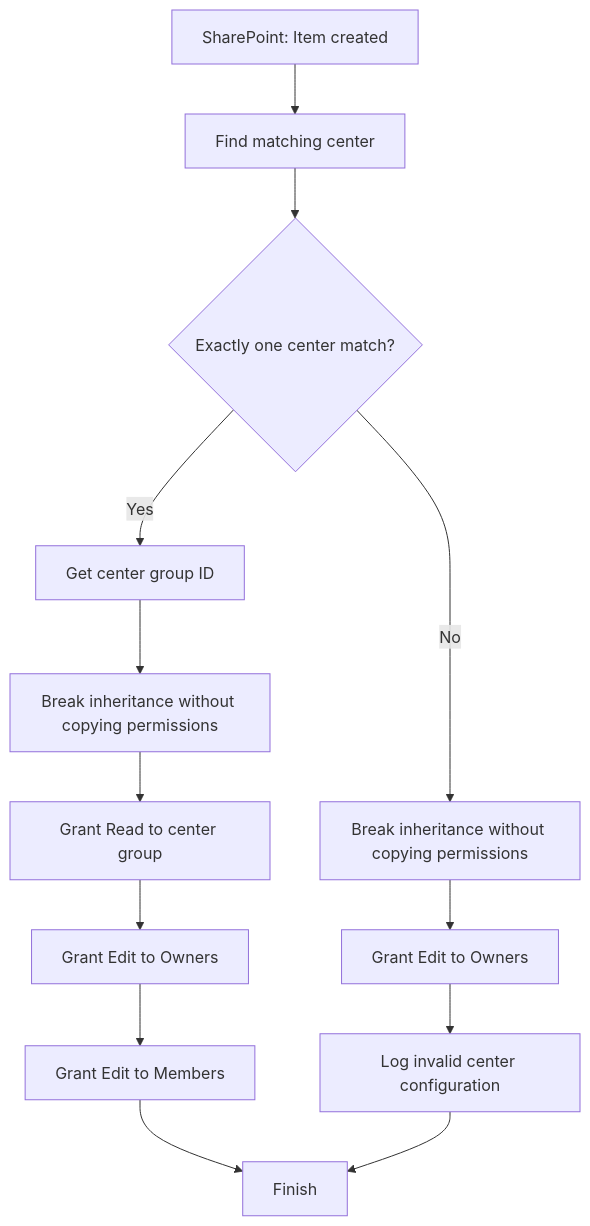
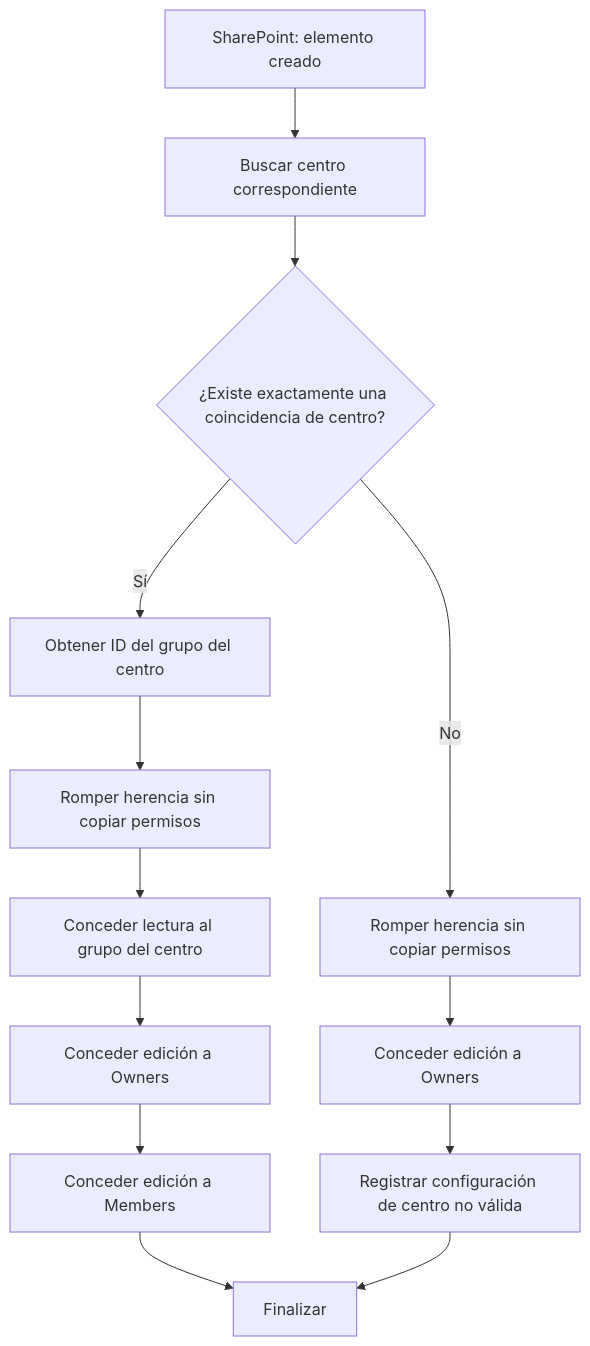
The diagram in Power-Automate/SharePoint-Excel-Automation/flows/FL05-demo/README.md (smartinmunoz/power-platform-portfolio-es), drawn with Mermaid before and after one commit. The commit also changed other lines of this file, not shown here.

````diff
--- a/Power-Automate/SharePoint-Excel-Automation/flows/FL05-demo/README.md
+++ b/Power-Automate/SharePoint-Excel-Automation/flows/FL05-demo/README.md
@@ -16,17 +15,17 @@
 ```mermaid
 flowchart TD
-    A["SharePoint: Item created"] --> B["Find matching center"]
-    B --> C{"Exactly one center match?"}
+    A["SharePoint: elemento creado"] --> B["Buscar centro correspondiente"]
+    B --> C{"¿Existe exactamente una coincidencia de centro?"}
 
-    C -->|Yes| D["Get center group ID"]
-    D --> E["Break inheritance without copying permissions"]
-    E --> F["Grant Read to center group"]
-    F --> G["Grant Edit to Owners"]
-    G --> H["Grant Edit to Members"]
-    H --> I["Finish"]
+    C -->|Sí| D["Obtener ID del grupo del centro"]
+    D --> E["Romper herencia sin copiar permisos"]
+    E --> F["Conceder lectura al grupo del centro"]
+    F --> G["Conceder edición a Owners"]
+    G --> H["Conceder edición a Members"]
+    H --> I["Finalizar"]
 
-    C -->|No| J["Break inheritance without copying permissions"]
-    J --> K["Grant Edit to Owners"]
-    K --> L["Log invalid center configuration"]
+    C -->|No| J["Romper herencia sin copiar permisos"]
+    J --> K["Conceder edición a Owners"]
+    K --> L["Registrar configuración de centro no válida"]
     L --> I
 ```
````
